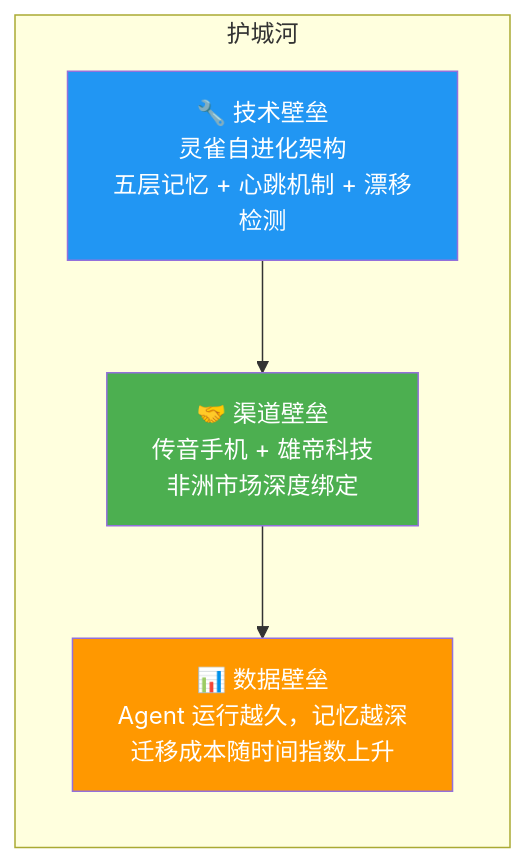
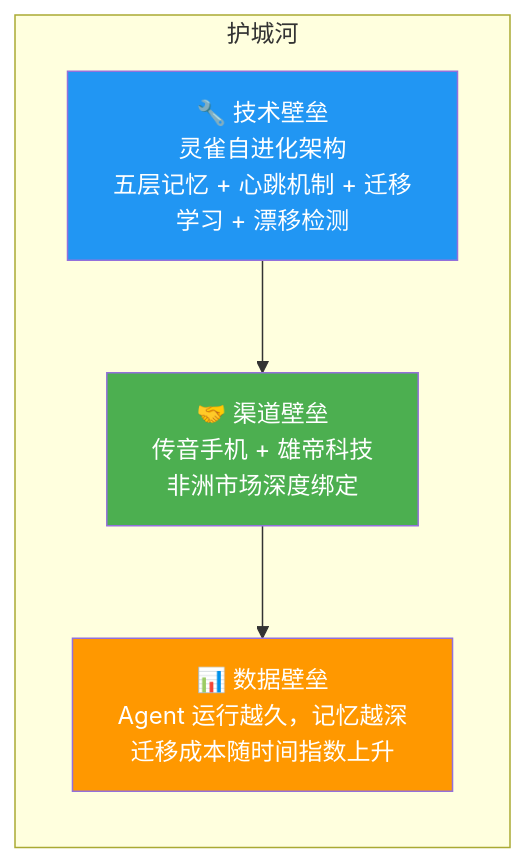
Before and after one commit to CodePothunter/lingque: the tenth of 10 diagrams in docs/VC_TENGEN_AI.md, drawn with Mermaid. The commit also changed other lines of this file and 1 other file, not shown here.

````diff
--- a/docs/VC_TENGEN_AI.md
+++ b/docs/VC_TENGEN_AI.md
@@ -348,15 +463,15 @@
 ```mermaid
 flowchart TB
     subgraph MOAT["护城河"]
         direction TB
-        T["🔧 技术壁垒<br/>灵雀自进化架构<br/>五层记忆 + 心跳机制 + 漂移检测"]
+        T["🔧 技术壁垒<br/>灵雀自进化架构<br/>五层记忆 + 心跳机制 + 迁移学习 + 漂移检测"]
         C["🤝 渠道壁垒<br/>传音手机 + 雄帝科技<br/>非洲市场深度绑定"]
         D["📊 数据壁垒<br/>Agent 运行越久，记忆越深<br/>迁移成本随时间指数上升"]
     end
 
     T --> C --> D
 
     style T fill:#2196F3,color:#fff
     style C fill:#4CAF50,color:#fff
     style D fill:#FF9800,color:#fff
 ```
````
